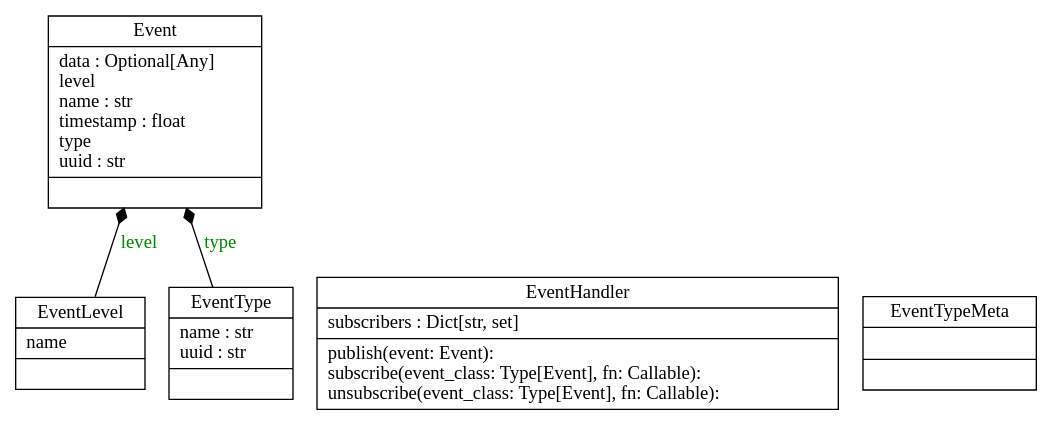
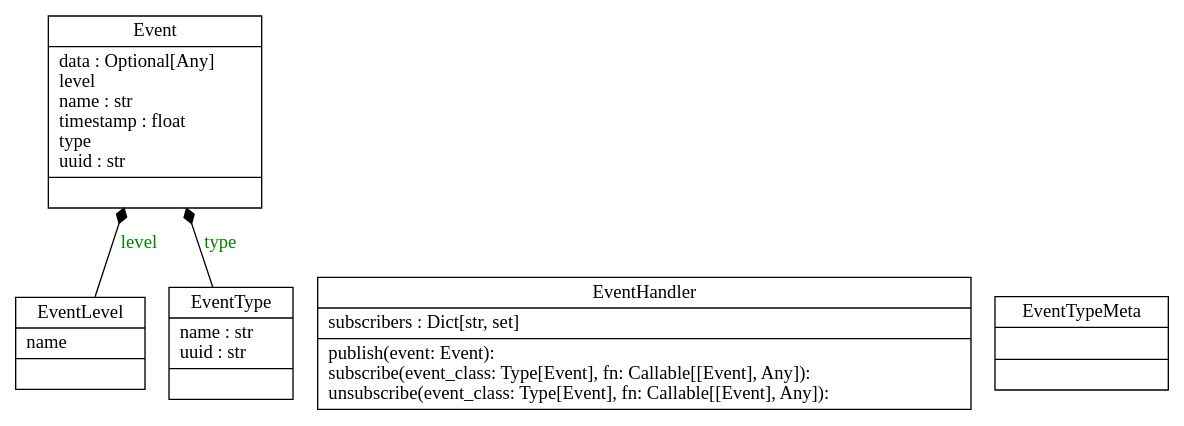
Before and after one commit to bonastreyair/iot-firmware: the diagram in docs/graphs/classes_event.dot, drawn with Graphviz. The commit also changed 38 other files, not shown here.

```diff
--- a/docs/graphs/classes_event.dot
+++ b/docs/graphs/classes_event.dot
@@ -1,11 +1,11 @@
 digraph "classes_event" {
 rankdir=BT
 charset="utf-8"
-"iot_firmware.event.event.Event" [color="black", fontcolor="black", label="{Event|data : Optional[Any]\llevel\lname : str\ltimestamp : float\ltype\luuid : str\l|}", shape="record", style="solid"];
-"iot_firmware.event.handler.EventHandler" [color="black", fontcolor="black", label="{EventHandler|subscribers : Dict[str, set]\l|publish(event: Event): \lsubscribe(event_class: Type[Event], fn: Callable): \lunsubscribe(event_class: Type[Event], fn: Callable): \l}", shape="record", style="solid"];
+"iot_firmware.event.schema.Event" [color="black", fontcolor="black", label="{Event|data : Optional[Any]\llevel\lname : str\ltimestamp : float\ltype\luuid : str\l|}", shape="record", style="solid"];
+"iot_firmware.event.handler.EventHandler" [color="black", fontcolor="black", label="{EventHandler|subscribers : Dict[str, set]\l|publish(event: Event): \lsubscribe(event_class: Type[Event], fn: Callable[[Event], Any]): \lunsubscribe(event_class: Type[Event], fn: Callable[[Event], Any]): \l}", shape="record", style="solid"];
 "iot_firmware.event.enum.EventLevel" [color="black", fontcolor="black", label="{EventLevel|name\l|}", shape="record", style="solid"];
-"iot_firmware.event.type.EventType" [color="black", fontcolor="black", label="{EventType|name : str\luuid : str\l|}", shape="record", style="solid"];
-"iot_firmware.event.type.EventTypeMeta" [color="black", fontcolor="black", label="{EventTypeMeta|\l|}", shape="record", style="solid"];
-"iot_firmware.event.enum.EventLevel" -> "iot_firmware.event.event.Event" [arrowhead="diamond", arrowtail="none", fontcolor="green", label="level", style="solid"];
-"iot_firmware.event.type.EventType" -> "iot_firmware.event.event.Event" [arrowhead="diamond", arrowtail="none", fontcolor="green", label="type", style="solid"];
+"iot_firmware.event.schema.EventType" [color="black", fontcolor="black", label="{EventType|name : str\luuid : str\l|}", shape="record", style="solid"];
+"iot_firmware.event.schema.EventTypeMeta" [color="black", fontcolor="black", label="{EventTypeMeta|\l|}", shape="record", style="solid"];
+"iot_firmware.event.enum.EventLevel" -> "iot_firmware.event.schema.Event" [arrowhead="diamond", arrowtail="none", fontcolor="green", label="level", style="solid"];
+"iot_firmware.event.schema.EventType" -> "iot_firmware.event.schema.Event" [arrowhead="diamond", arrowtail="none", fontcolor="green", label="type", style="solid"];
 }
```
